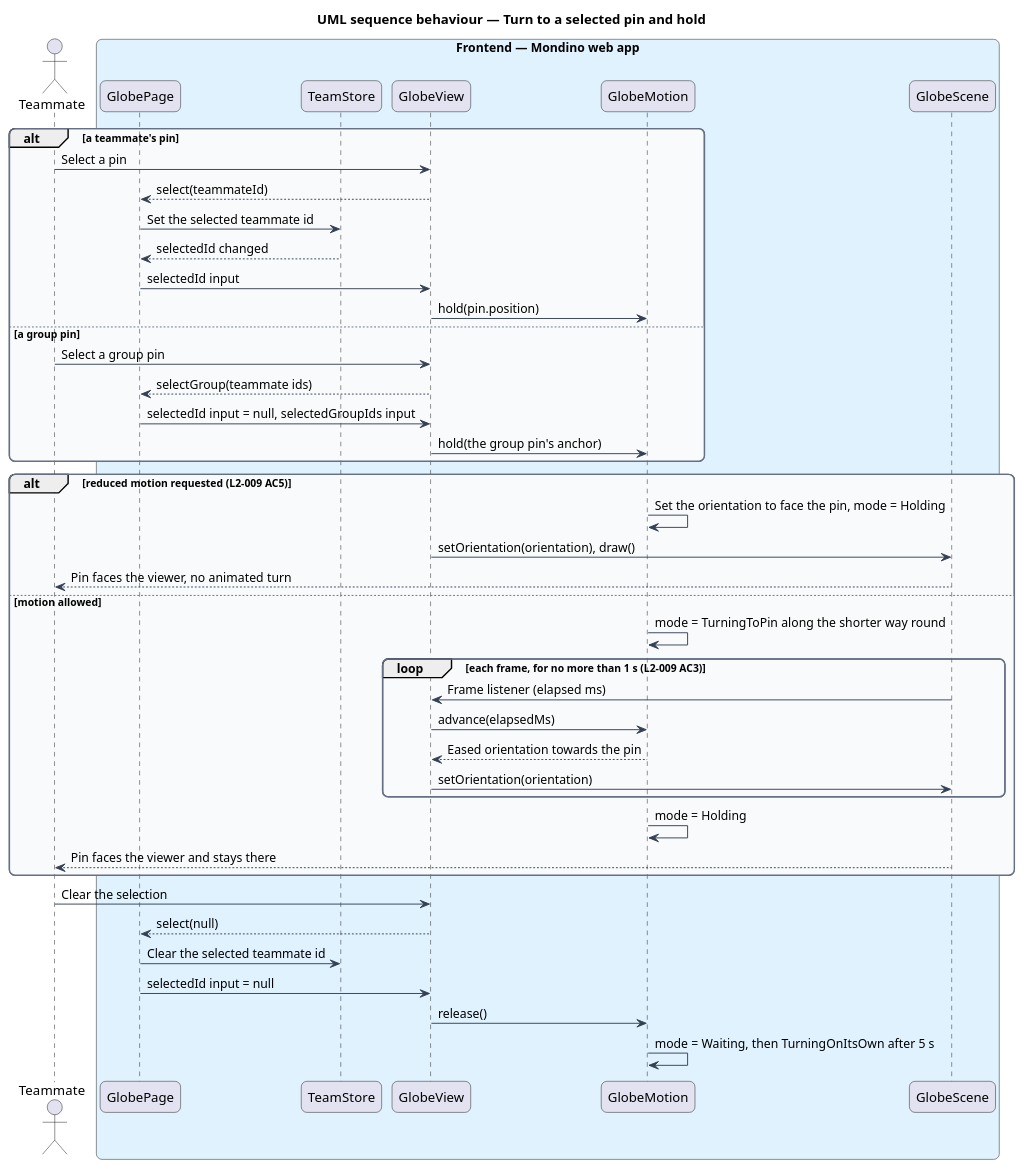
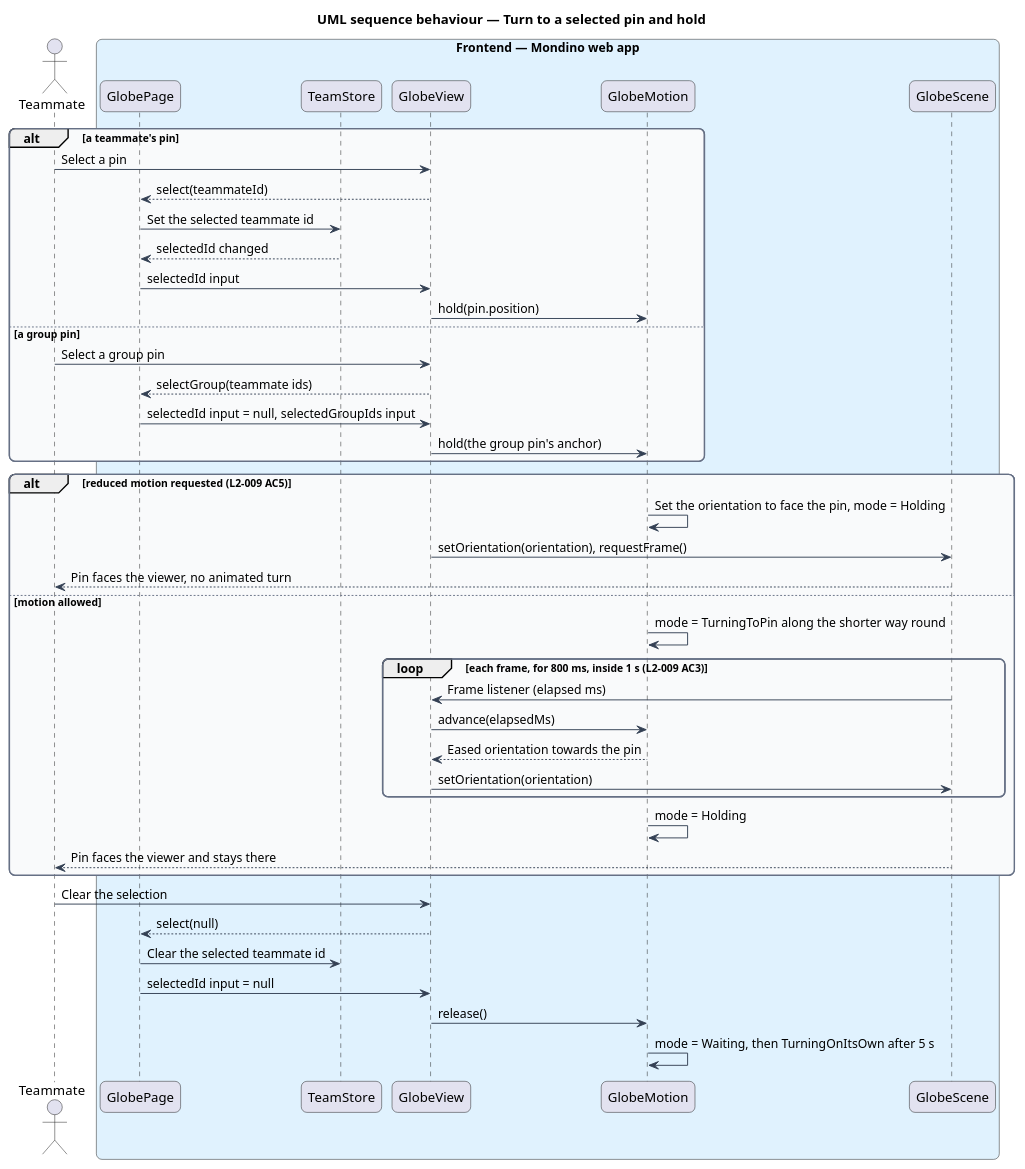
The diagram in docs/detailed-designs/globe/turn-globe/diagrams/sequence-turn-to-selected-pin.puml (QuinntyneBrown/Mondino), drawn with PlantUML before and after one commit. The commit also changed 8 other files, not shown here.

```diff
--- a/docs/detailed-designs/globe/turn-globe/diagrams/sequence-turn-to-selected-pin.puml
+++ b/docs/detailed-designs/globe/turn-globe/diagrams/sequence-turn-to-selected-pin.puml
@@ -1,59 +1,59 @@
 @startuml
 title UML sequence behaviour — Turn to a selected pin and hold
 skinparam backgroundColor #FFFFFF
 skinparam shadowing false
 skinparam roundcorner 12
 skinparam defaultFontName Arial
 skinparam ArrowColor #344054
 skinparam rectangle {
   BorderColor #344054
   FontColor #101828
 }
 skinparam package {
   BorderColor #667085
   FontColor #101828
   BackgroundColor #F9FAFB
 }
 actor "Teammate" as actor
 box "Frontend — Mondino web app" #E0F2FE
   participant "GlobePage" as page
   participant "TeamStore" as store
   participant "GlobeView" as view
   participant "GlobeMotion" as motion
   participant "GlobeScene" as scene
 end box
 alt a teammate's pin
   actor -> view : Select a pin
   view --> page : select(teammateId)
   page -> store : Set the selected teammate id
   store --> page : selectedId changed
   page -> view : selectedId input
   view -> motion : hold(pin.position)
 else a group pin
   actor -> view : Select a group pin
   view --> page : selectGroup(teammate ids)
   page -> view : selectedId input = null, selectedGroupIds input
   view -> motion : hold(the group pin's anchor)
 end
 alt reduced motion requested (L2-009 AC5)
   motion -> motion : Set the orientation to face the pin, mode = Holding
-  view -> scene : setOrientation(orientation), draw()
+  view -> scene : setOrientation(orientation), requestFrame()
   scene --> actor : Pin faces the viewer, no animated turn
 else motion allowed
   motion -> motion : mode = TurningToPin along the shorter way round
-  loop each frame, for no more than 1 s (L2-009 AC3)
+  loop each frame, for 800 ms, inside 1 s (L2-009 AC3)
     scene -> view : Frame listener (elapsed ms)
     view -> motion : advance(elapsedMs)
     motion --> view : Eased orientation towards the pin
     view -> scene : setOrientation(orientation)
   end
   motion -> motion : mode = Holding
   scene --> actor : Pin faces the viewer and stays there
 end
 actor -> view : Clear the selection
 view --> page : select(null)
 page -> store : Clear the selected teammate id
 page -> view : selectedId input = null
 view -> motion : release()
 motion -> motion : mode = Waiting, then TurningOnItsOwn after 5 s
 @enduml
```
